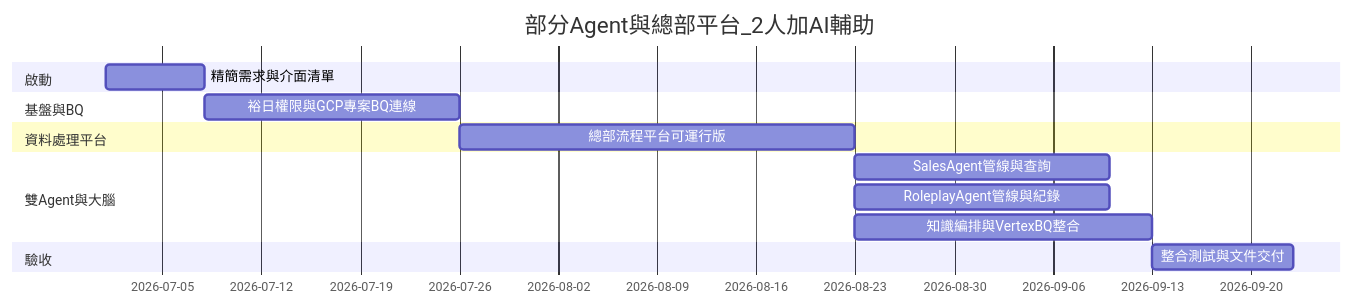
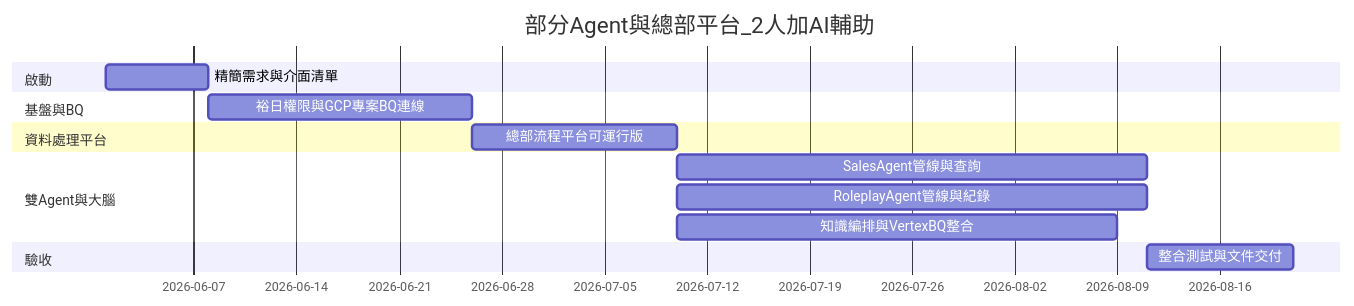
Before and after one commit to humtersiso/YNM_Sales_AI_Coach: the third of 3 diagrams in PROJECT_SCOPE_SALES_TRAINING.md, drawn with Mermaid. The commit also changed other lines of this file and 3 other files, not shown here.

Commit message:
Scope v0.4: 架構圖.PNG, trim schedule tables, remove doc index section

````diff
--- a/PROJECT_SCOPE_SALES_TRAINING.md
+++ b/PROJECT_SCOPE_SALES_TRAINING.md
@@ -148,17 +164,17 @@
 ```mermaid
 gantt
 title 部分Agent與總部平台_2人加AI輔助
 dateFormat YYYY-MM-DD
 section 啟動
-精簡需求與介面清單 :v0, 2026-07-01, 7d
+精簡需求與介面清單 :v0, 2026-06-01, 7d
 section 基盤與BQ
 裕日權限與GCP專案BQ連線 :v1, after v0, 18d
 section 資料處理平台
-總部流程平台可運行版 :v2, after v1, 28d
+總部流程平台可運行版 :v2, after v1, 14d
 section 雙Agent與大腦
-SalesAgent管線與查詢 :v3a, after v2, 18d
-RoleplayAgent管線與紀錄 :v3b, after v2, 18d
-知識編排與VertexBQ整合 :v3c, after v2, 21d
+SalesAgent管線與查詢 :v3a, after v2, 32d
+RoleplayAgent管線與紀錄 :v3b, after v2, 32d
+知識編排與VertexBQ整合 :v3c, after v2, 30d
 section 驗收
-整合測試與文件交付 :v4, after v3c, 10d
+整合測試與文件交付 :v4, after v3a, 10d
 ```
````
